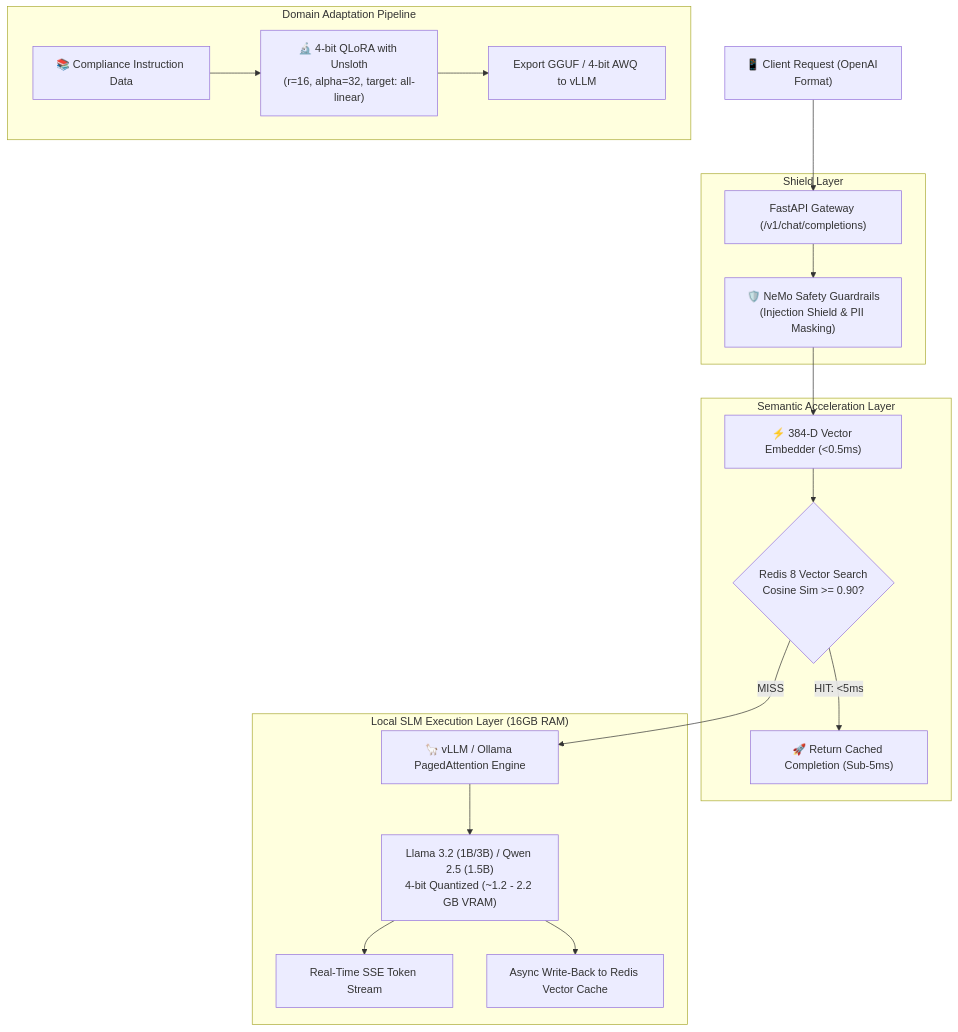
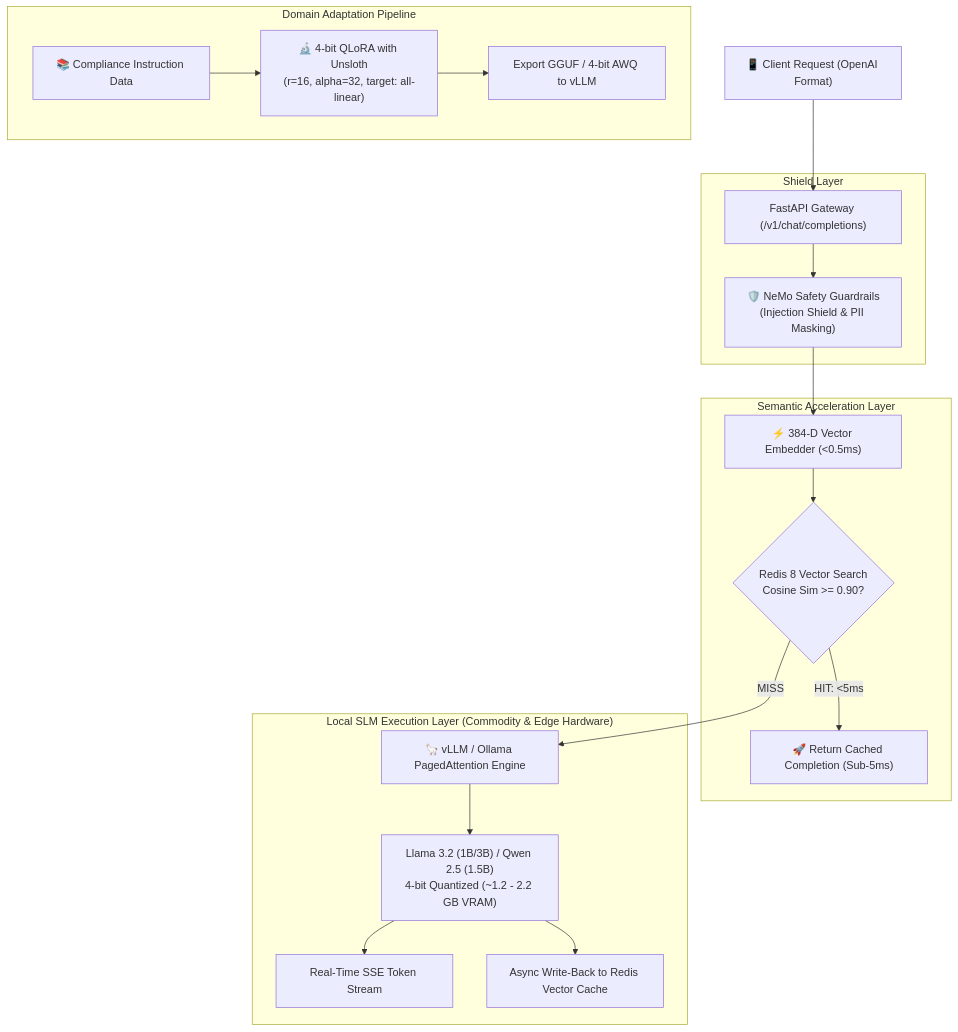
One commit to vi-nayKR/local-llm-inference-gateway changed the diagram in README.md. Above: the diagram before and after it, drawn with Mermaid. The commit also changed other lines of this file and 9 other files, not shown here.

Commit message:
chore(cleanup): remove hardware RAM specific text and generalize to high-throughput SLM tier

````diff
--- a/README.md
+++ b/README.md
@@ -49,26 +49,26 @@
 ```mermaid
 flowchart TD
     Client["📱 Client Request (OpenAI Format)"] --> GatewayRouter["FastAPI Gateway (/v1/chat/completions)"]
 
     subgraph SecurityTier ["Shield Layer"]
         GatewayRouter --> SafetyGuard["🛡️ NeMo Safety Guardrails\n(Injection Shield & PII Masking)"]
     end
 
     subgraph CacheTier ["Semantic Acceleration Layer"]
         SafetyGuard --> Embedder["⚡ 384-D Vector Embedder (<0.5ms)"]
         Embedder --> CacheCheck{"Redis 8 Vector Search\nCosine Sim >= 0.90?"}
         CacheCheck -->|HIT: <5ms| CacheReturn["🚀 Return Cached Completion (Sub-5ms)"]
     end
 
-    subgraph InferenceTier ["Local SLM Execution Layer (16GB RAM)"]
+    subgraph InferenceTier ["Local SLM Execution Layer (Commodity & Edge Hardware)"]
         CacheCheck -->|MISS| vLLMProxy["🦙 vLLM / Ollama PagedAttention Engine"]
         vLLMProxy --> LocalModel["Llama 3.2 (1B/3B) / Qwen 2.5 (1.5B)\n4-bit Quantized (~1.2 - 2.2 GB VRAM)"]
         LocalModel --> StreamOutput["Real-Time SSE Token Stream"]
         LocalModel --> WriteBack["Async Write-Back to Redis Vector Cache"]
     end
 
     subgraph FineTuningTier ["Domain Adaptation Pipeline"]
         DomainData["📚 Compliance Instruction Data"] --> QLoRATrainer["🔬 4-bit QLoRA with Unsloth\n(r=16, alpha=32, target: all-linear)"]
         QLoRATrainer --> GGUFExport["Export GGUF / 4-bit AWQ to vLLM"]
     end
 ```
````
